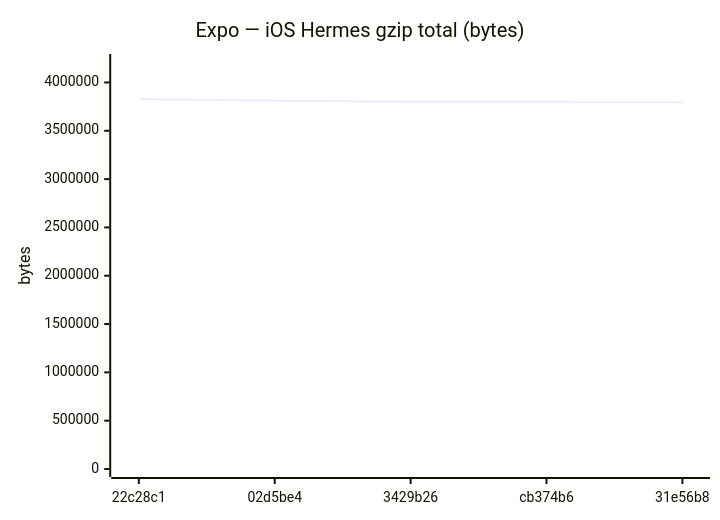
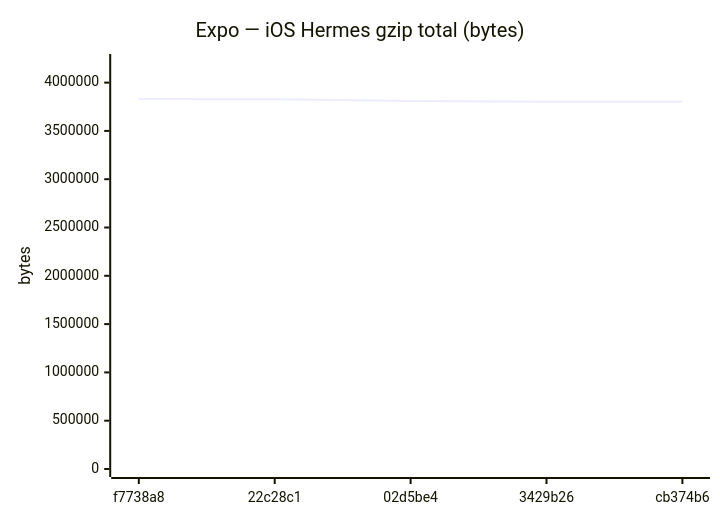
Diagram 12 of 18 in benchmarks/compare.md (Metaheurist/Rianell), drawn with Mermaid before and after one commit. The commit also changed other lines of this file and 11 other files, not shown here.

````diff
--- a/benchmarks/compare.md
+++ b/benchmarks/compare.md
@@ -179,7 +179,7 @@
 ```mermaid
 xychart-beta
     title "Expo — iOS Hermes gzip total (bytes)"
-    x-axis ["22c28c1", "02d5be4", "3429b26", "cb374b6", "31e56b8"]
-    y-axis "bytes" 0 --> 4211700
-    line [3828818, 3810818, 3801309, 3801305, 3796002]
+    x-axis ["f7738a8", "22c28c1", "02d5be4", "3429b26", "cb374b6"]
+    y-axis "bytes" 0 --> 4213326
+    line [3830296, 3828818, 3810818, 3801309, 3801305]
 ```
````
